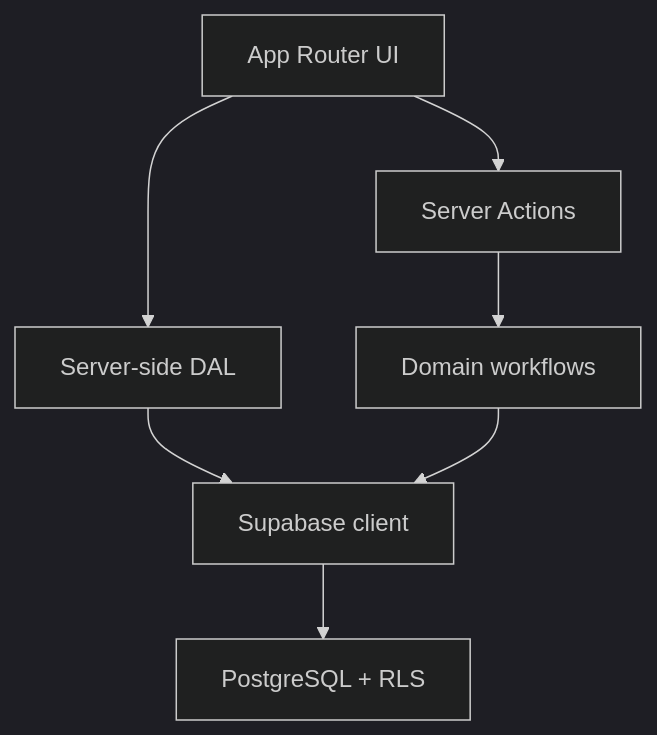
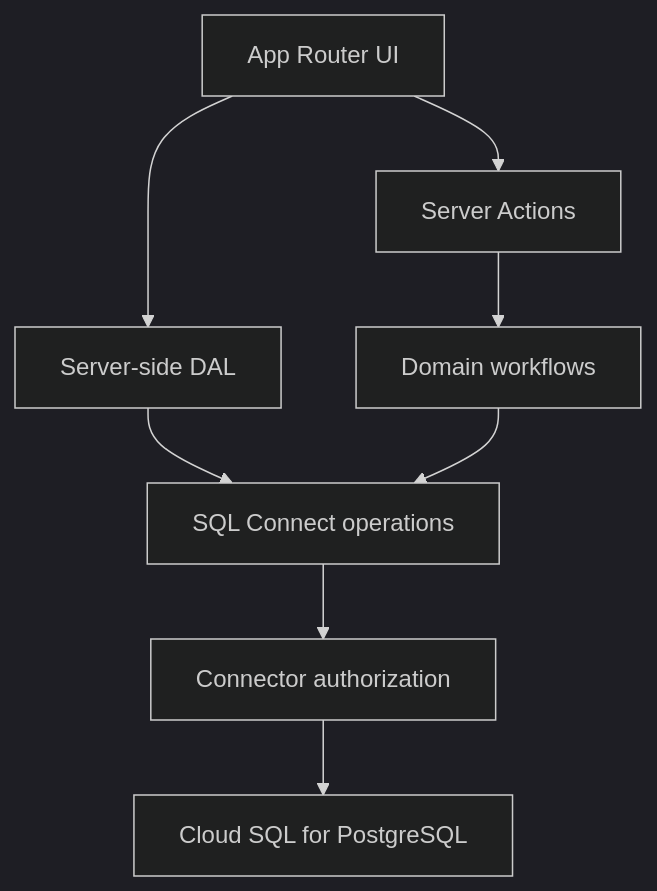
One commit to Takzin1/fukushima-machinaka-lab changed the diagram in README.md. Above: the diagram before and after it, drawn with Mermaid (dark theme). The commit also changed other lines of this file and 42 other files, not shown here.

Commit message:
Migrate backend to Firebase SQL Connect

````diff
--- a/README.md
+++ b/README.md
@@ -34,9 +30,10 @@
 ```mermaid
 flowchart TD
   UI["App Router UI"] --> ACT["Server Actions"]
   UI --> DAL["Server-side DAL"]
   ACT --> WF["Domain workflows"]
-  DAL --> SB["Supabase client"]
-  WF --> SB
-  SB --> RLS["PostgreSQL + RLS"]
+  DAL --> DC["SQL Connect operations"]
+  WF --> DC
+  DC --> AUTH["Connector authorization"]
+  AUTH --> SQL["Cloud SQL for PostgreSQL"]
 ```
````
